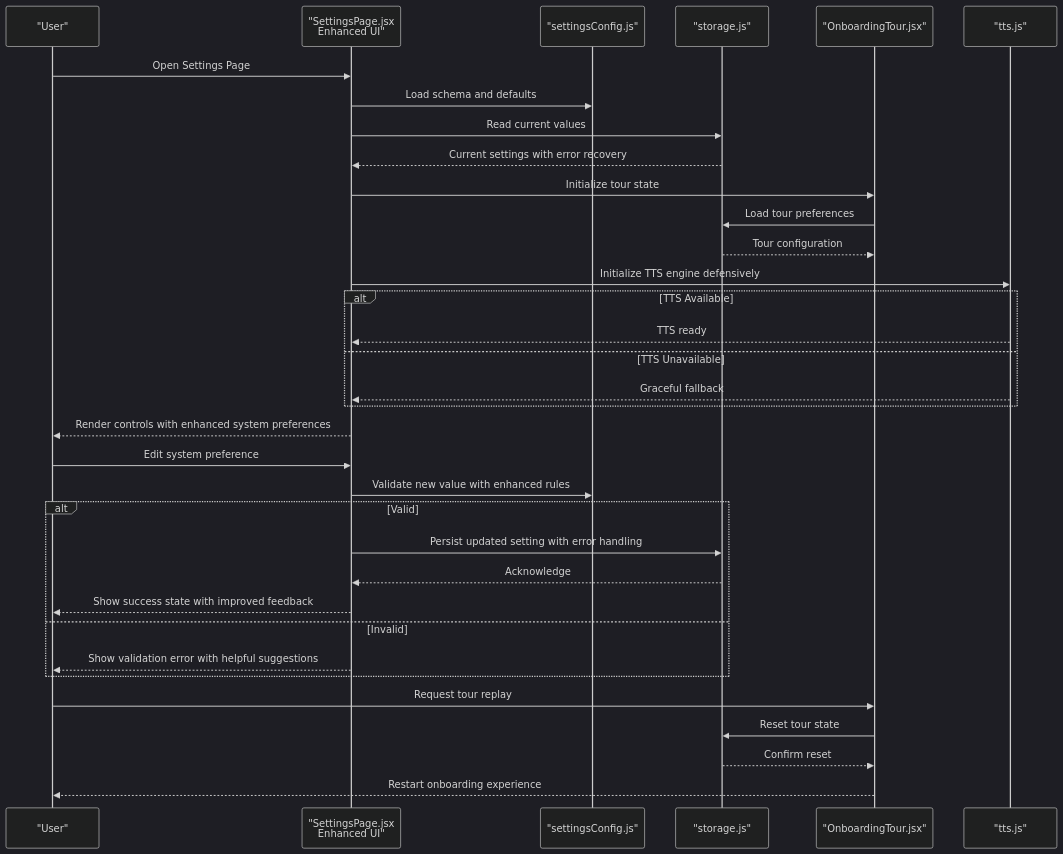
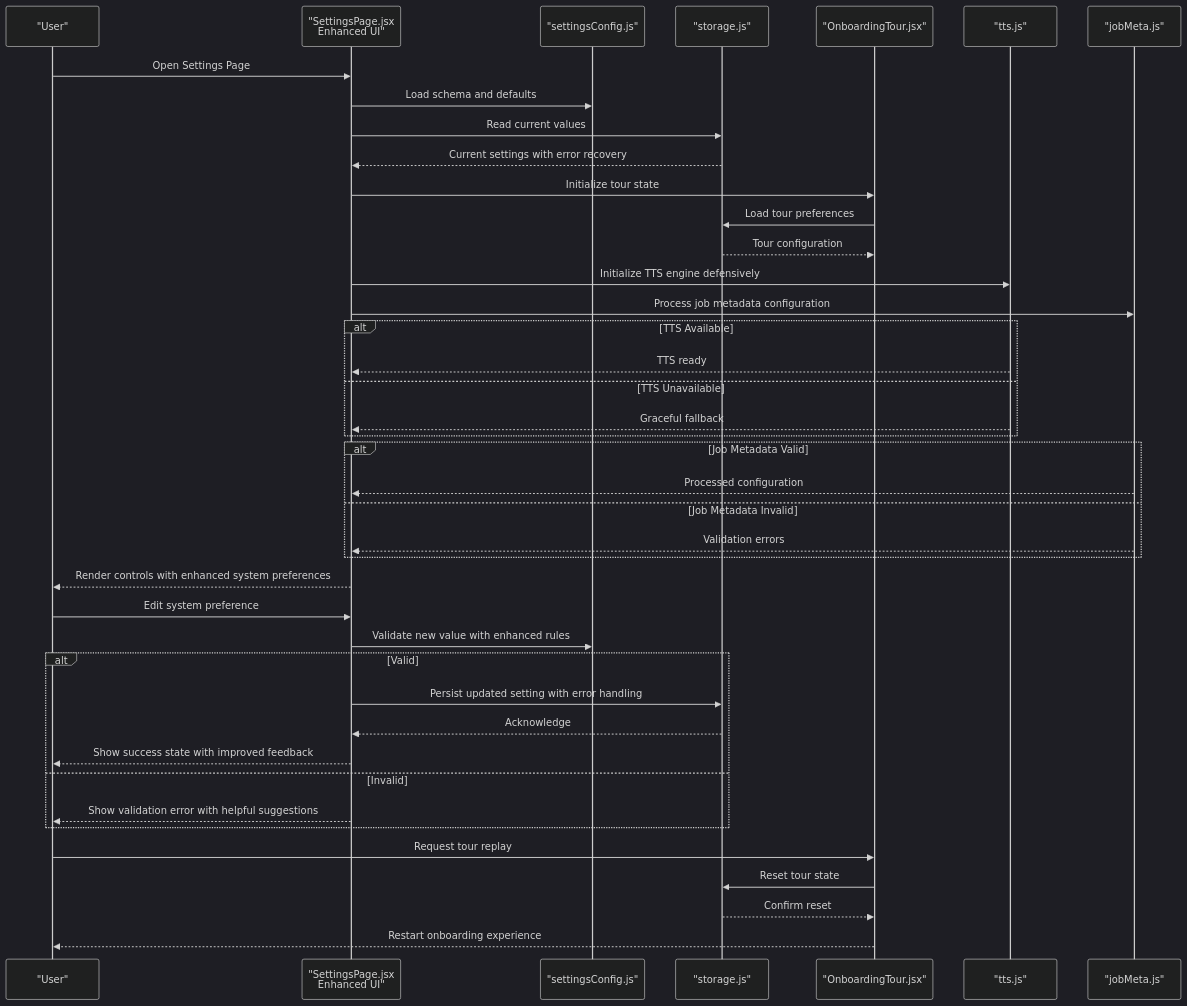
One commit to zmyeo54/briefroom changed the second of 6 diagrams in .qoder/repowiki/en/content/Utility Libraries/Settings Configuration.md. Above: the diagram before and after it, drawn with Mermaid (dark theme). The commit also changed other lines of this file and 37 other files, not shown here.

First line of the commit message:
feat(job-application): enhance job metadata extraction and processing capabilities

````diff
--- a/.qoder/repowiki/en/content/Utility Libraries/Settings Configuration.md
+++ b/.qoder/repowiki/en/content/Utility Libraries/Settings Configuration.md
@@ -108,36 +120,43 @@
 ```mermaid
 sequenceDiagram
 participant User as "User"
 participant UI as "SettingsPage.jsx<br/>Enhanced UI"
 participant Schema as "settingsConfig.js"
 participant Store as "storage.js"
 participant Tour as "OnboardingTour.jsx"
 participant TTS as "tts.js"
+participant JobMeta as "jobMeta.js"
 User->>UI : Open Settings Page
 UI->>Schema : Load schema and defaults
 UI->>Store : Read current values
 Store-->>UI : Current settings with error recovery
 UI->>Tour : Initialize tour state
 Tour->>Store : Load tour preferences
 Store-->>Tour : Tour configuration
 UI->>TTS : Initialize TTS engine defensively
+UI->>JobMeta : Process job metadata configuration
 alt TTS Available
 TTS-->>UI : TTS ready
 else TTS Unavailable
 TTS-->>UI : Graceful fallback
+end
+alt Job Metadata Valid
+JobMeta-->>UI : Processed configuration
+else Job Metadata Invalid
+JobMeta-->>UI : Validation errors
 end
 UI-->>User : Render controls with enhanced system preferences
 User->>UI : Edit system preference
 UI->>Schema : Validate new value with enhanced rules
 alt Valid
 UI->>Store : Persist updated setting with error handling
 Store-->>UI : Acknowledge
 UI-->>User : Show success state with improved feedback
 else Invalid
 UI-->>User : Show validation error with helpful suggestions
 end
 User->>Tour : Request tour replay
 Tour->>Store : Reset tour state
 Store-->>Tour : Confirm reset
 Tour-->>User : Restart onboarding experience
 ```
````
